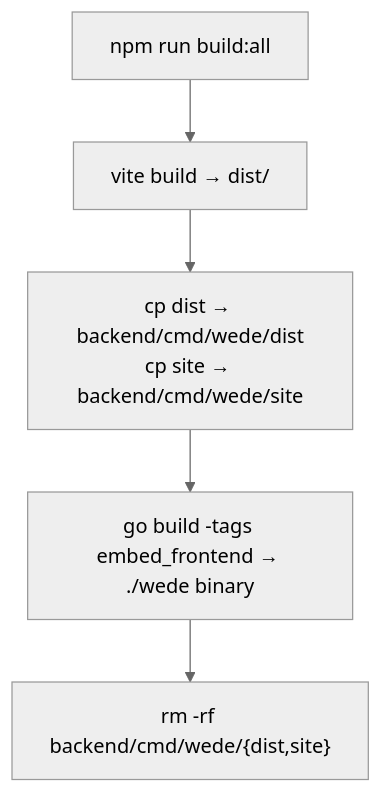
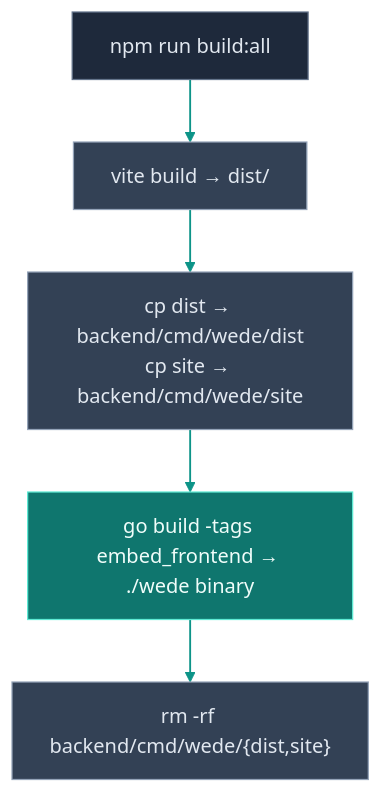
The second of 2 diagrams in docs/ARCHITECTURE.md (vul-os/wede), drawn with Mermaid (neutral theme) before and after one commit. The commit also changed other lines of this file, not shown here.

````diff
--- a/docs/ARCHITECTURE.md
+++ b/docs/ARCHITECTURE.md
@@ -259,9 +267,17 @@
 ```mermaid
 flowchart TD
     Start["npm run build:all"]
     A["vite build → dist/"]
     B["cp dist → backend/cmd/wede/dist<br/>cp site → backend/cmd/wede/site"]
     C["go build -tags embed_frontend → ./wede binary"]
     D["rm -rf backend/cmd/wede/{dist,site}"]
     Start --> A --> B --> C --> D
+
+    classDef entryTier fill:#1e293b,stroke:#64748b,color:#e2e8f0;
+    classDef subjectNode fill:#0f766e,stroke:#5eead4,color:#f0fdfa;
+    classDef backendTier fill:#334155,stroke:#94a3b8,color:#e2e8f0;
+    class Start entryTier;
+    class C subjectNode;
+    class A,B,D backendTier;
+    linkStyle default stroke:#0d9488,stroke-width:1.5px;
 ```
````
